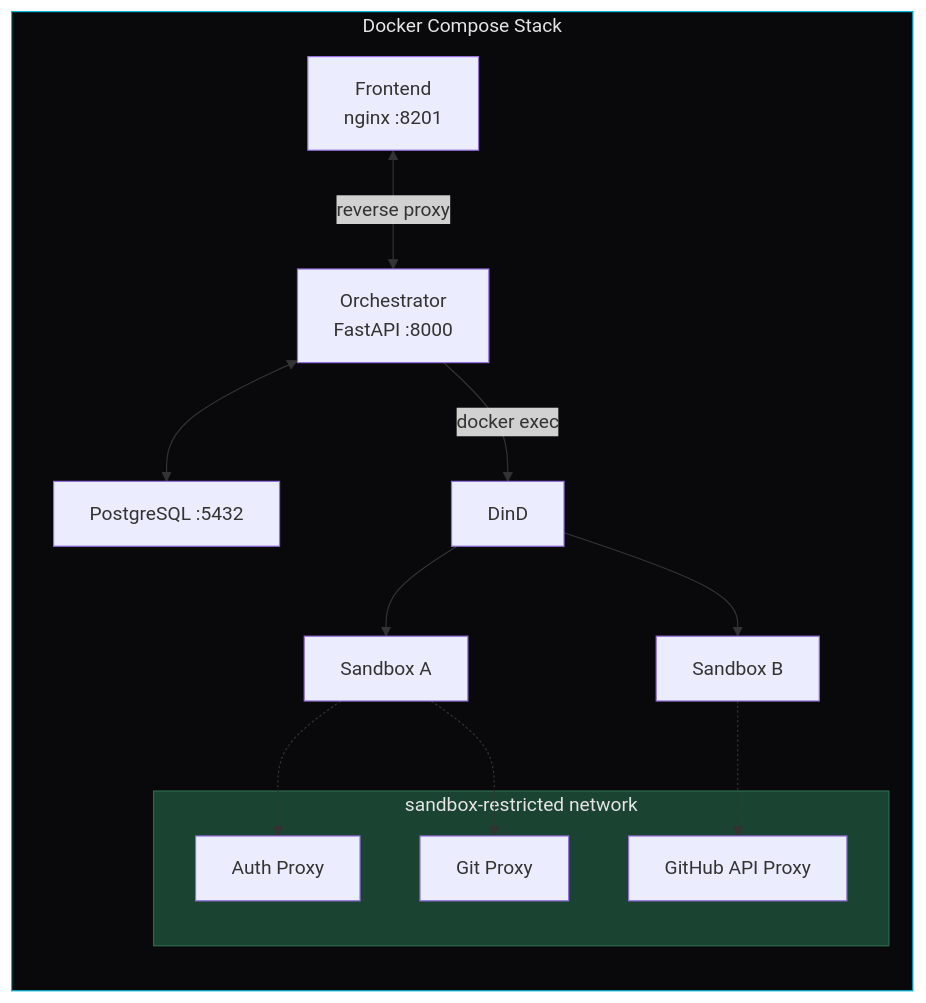
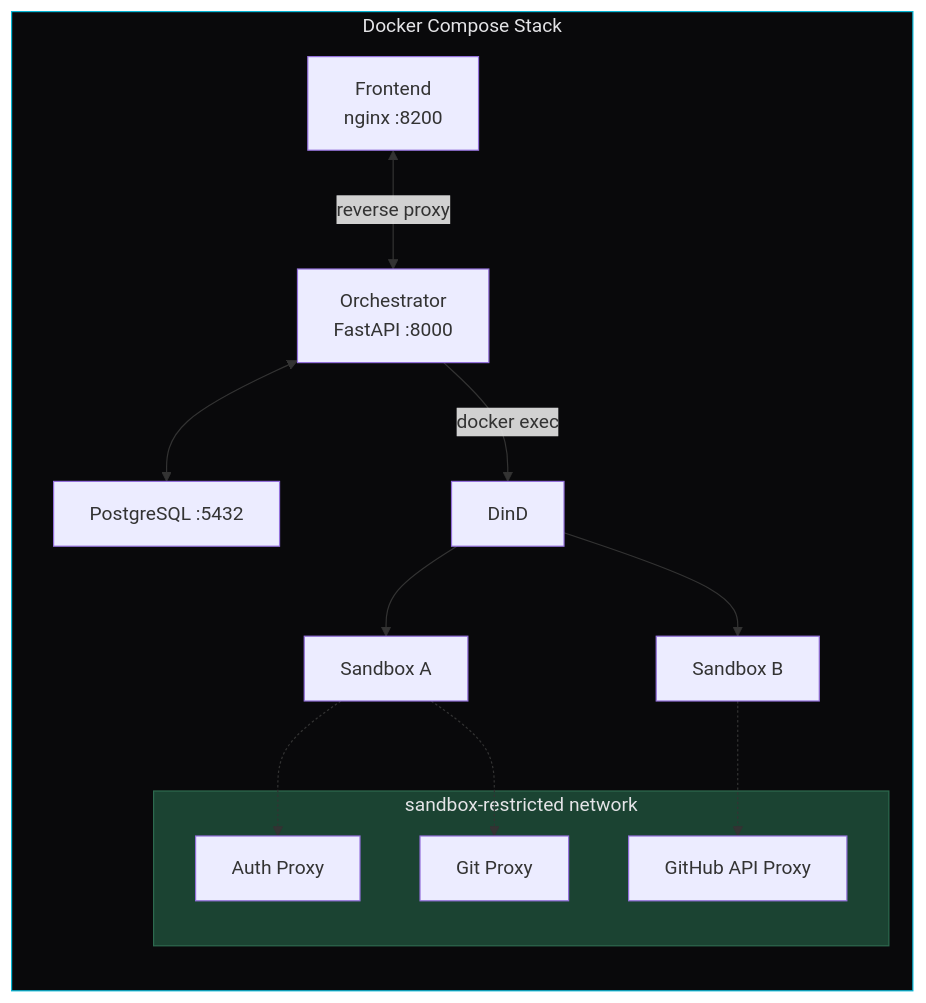
One commit to sudoTomas/embry0 changed the second of 3 diagrams in README.md. Above: the diagram before and after it, drawn with Mermaid. The commit also changed other lines of this file and 1 other file, not shown here.

````diff
--- a/README.md
+++ b/README.md
@@ -75,30 +75,30 @@
 ```mermaid
 graph LR
     subgraph Stack["Docker Compose Stack"]
-        FE["Frontend<br/>nginx :8201"]
+        FE["Frontend<br/>nginx :8200"]
         ORC["Orchestrator<br/>FastAPI :8000"]
         PG["PostgreSQL :5432"]
         DIND["DinD"]
         
         subgraph Proxies["sandbox-restricted network"]
             AP["Auth Proxy"]
             GP["Git Proxy"]
             GHP["GitHub API Proxy"]
         end
 
         S1["Sandbox A"]
         S2["Sandbox B"]
     end
 
     FE <-->|reverse proxy| ORC
     ORC <--> PG
     ORC -->|docker exec| DIND
     DIND --> S1
     DIND --> S2
     S1 -.-> AP
     S1 -.-> GP
     S2 -.-> GHP
 
     style Stack fill:#09090b,stroke:#06b6d4,color:#e4e4e7
     style Proxies fill:#1b4332,stroke:#2d6a4f,color:#e4e4e7
 ```
````
